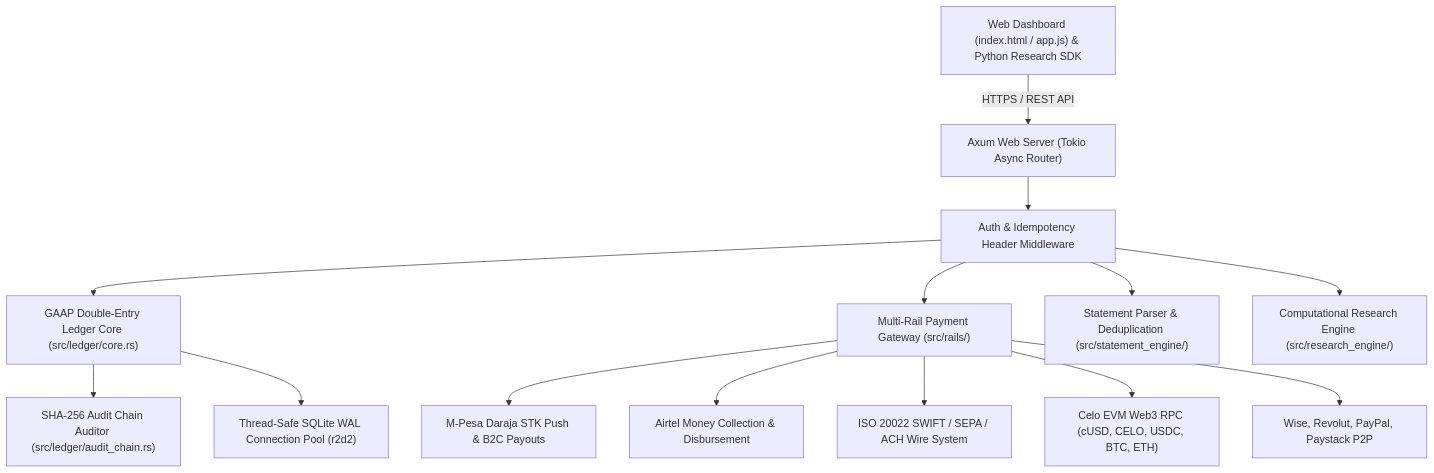
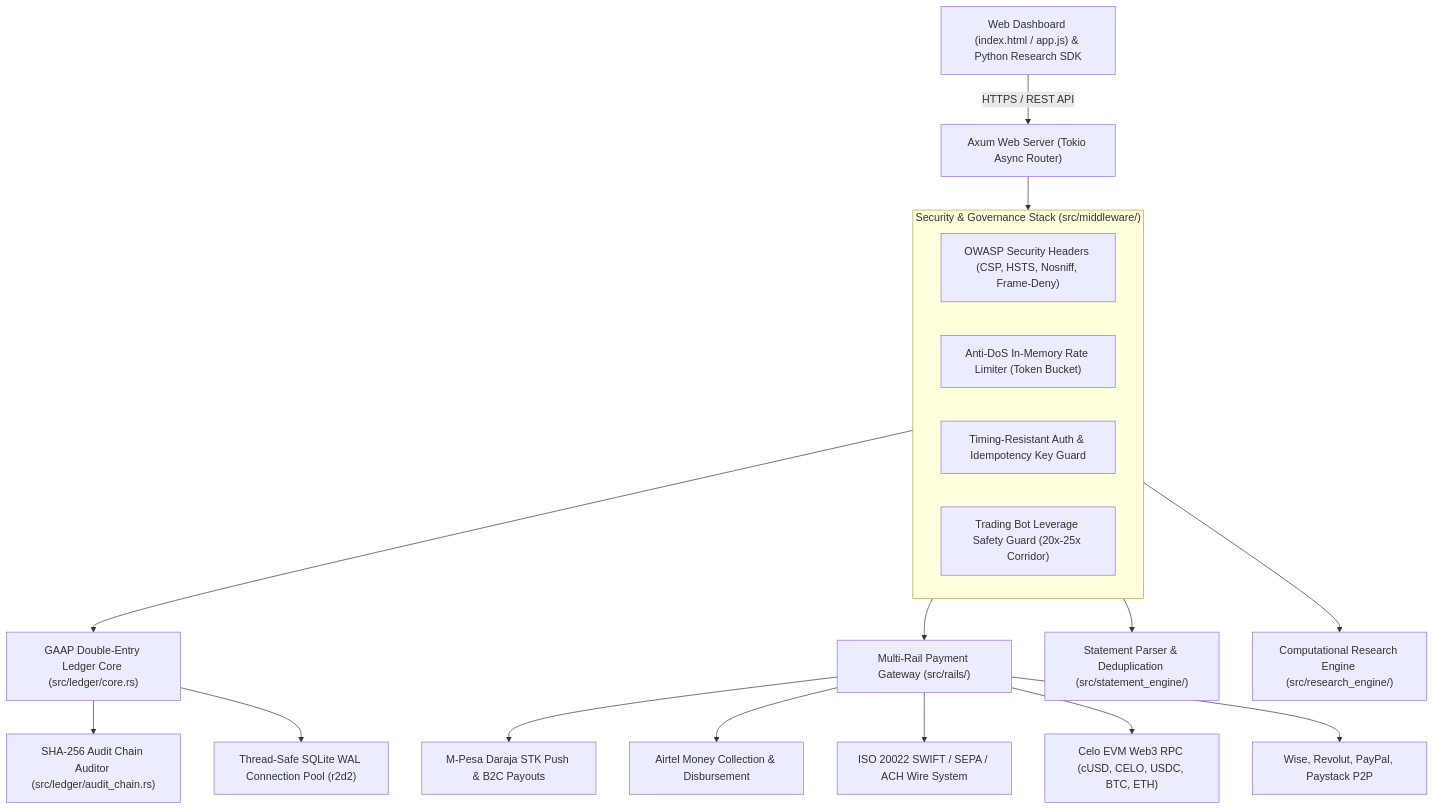
Before and after one commit to jackson254365/lumen-fintech-system: the diagram in FINTECH_ARCHITECTURE.md, drawn with Mermaid. The commit also changed other lines of this file and 26 other files, not shown here.

First line of the commit message:
feat(security): implement multi-layer security architecture, rate limiting, and trading risk governance

````diff
--- a/FINTECH_ARCHITECTURE.md
+++ b/FINTECH_ARCHITECTURE.md
@@ -15,18 +15,26 @@
 ```mermaid
 flowchart TD
     Client["Web Dashboard (index.html / app.js) & Python Research SDK"] -->|HTTPS / REST API| Axum["Axum Web Server (Tokio Async Router)"]
-    Axum --> Middleware["Auth & Idempotency Header Middleware"]
-    Middleware --> LedgerCore["GAAP Double-Entry Ledger Core (src/ledger/core.rs)"]
-    Middleware --> RailsManager["Multi-Rail Payment Gateway (src/rails/)"]
-    Middleware --> StatementEngine["Statement Parser & Deduplication (src/statement_engine/)"]
-    Middleware --> ResearchEngine["Computational Research Engine (src/research_engine/)"]
+    Axum --> SecurityLayer["Security Middleware Stack"]
+    
+    subgraph SecurityLayer ["Security & Governance Stack (src/middleware/)"]
+        SecurityHeaders["OWASP Security Headers (CSP, HSTS, Nosniff, Frame-Deny)"]
+        RateLimiter["Anti-DoS In-Memory Rate Limiter (Token Bucket)"]
+        AuthTiming["Timing-Resistant Auth & Idempotency Key Guard"]
+        LeverageGuard["Trading Bot Leverage Safety Guard (20x-25x Corridor)"]
+    end
+
+    SecurityLayer --> LedgerCore["GAAP Double-Entry Ledger Core (src/ledger/core.rs)"]
+    SecurityLayer --> RailsManager["Multi-Rail Payment Gateway (src/rails/)"]
+    SecurityLayer --> StatementEngine["Statement Parser & Deduplication (src/statement_engine/)"]
+    SecurityLayer --> ResearchEngine["Computational Research Engine (src/research_engine/)"]
 
     LedgerCore --> AuditChain["SHA-256 Audit Chain Auditor (src/ledger/audit_chain.rs)"]
     LedgerCore --> SQLite["Thread-Safe SQLite WAL Connection Pool (r2d2)"]
 
     RailsManager --> MPesa["M-Pesa Daraja STK Push & B2C Payouts"]
     RailsManager --> Airtel["Airtel Money Collection & Disbursement"]
     RailsManager --> BankWire["ISO 20022 SWIFT / SEPA / ACH Wire System"]
     RailsManager --> CryptoCelo["Celo EVM Web3 RPC (cUSD, CELO, USDC, BTC, ETH)"]
     RailsManager --> FintechGateway["Wise, Revolut, PayPal, Paystack P2P"]
 ```
````
